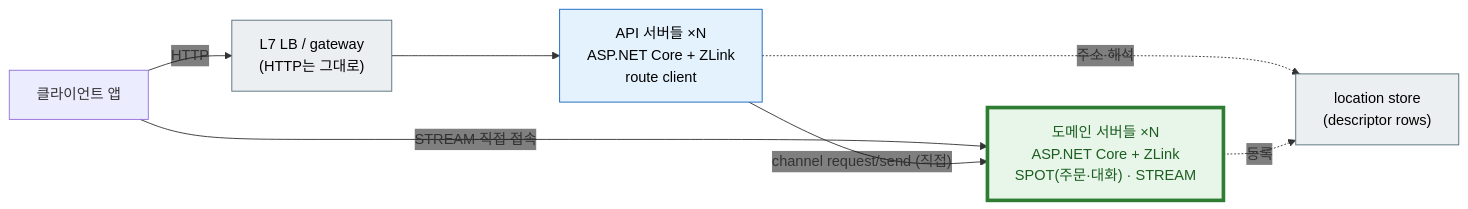
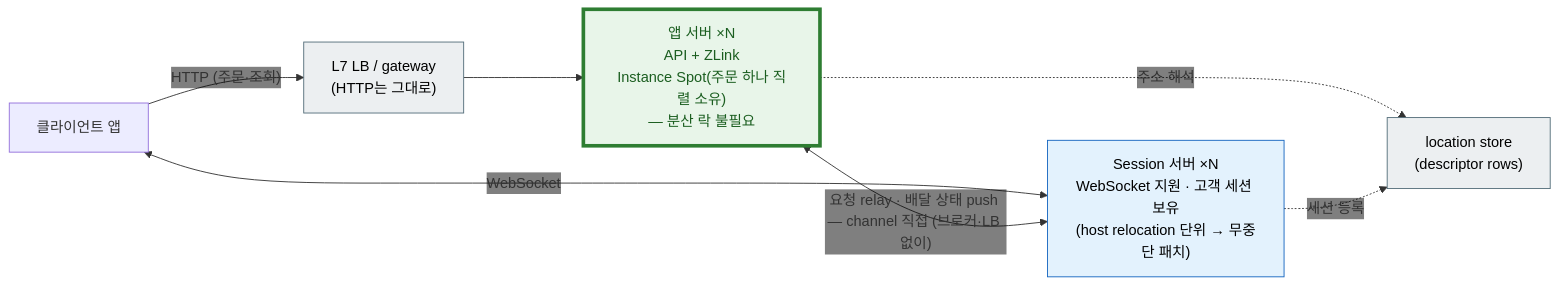
Before and after one commit to zlink-systems/zlink: the sixth of 14 diagrams in framework/doc/framework/common/guide/server/01-overview.ko.md, drawn with Mermaid. The commit also changed other lines of this file, not shown here.

First line of the commit message:
docs(framework): 오버뷰 실시간 절을 배달 주문 앱 앵커로 재구성하고 ZLink 그림 교정

````diff
--- a/framework/doc/framework/common/guide/server/01-overview.ko.md
+++ b/framework/doc/framework/common/guide/server/01-overview.ko.md
@@ -629,19 +629,19 @@
 ```mermaid
 %%{init: {'themeVariables': {'edgeLabelBackground':'transparent'}}}%%
 flowchart LR
     Client2["클라이언트 앱"]
     LB2["L7 LB / gateway<br/>(HTTP는 그대로)"]:::infra
-    Api2["API 서버들 ×N<br/>ASP.NET Core + ZLink<br/>route client"]:::app
-    Dom2["도메인 서버들 ×N<br/>ASP.NET Core + ZLink<br/>SPOT(주문·대화) · STREAM"]:::spot
+    App2["앱 서버 ×N<br/>API + ZLink<br/>Instance Spot(주문 하나 직렬 소유)<br/>— 분산 락 불필요"]:::spot
+    Sess2["Session 서버 ×N<br/>WebSocket 지원 · 고객 세션 보유<br/>(host relocation 단위 → 무중단 패치)"]:::app
     Store["location store<br/>(descriptor rows)"]:::infra
 
-    Client2 -- "HTTP" --> LB2 --> Api2
-    Client2 -- "STREAM 직접 접속" --> Dom2
-    Api2 -- "channel request/send (직접)" --> Dom2
-    Api2 -.->|"주소 해석"| Store
-    Dom2 -.->|"등록"| Store
+    Client2 -- "HTTP (주문·조회)" --> LB2 --> App2
+    Client2 <-->|"WebSocket"| Sess2
+    App2 <-->|"요청 relay · 배달 상태 push — channel 직접 (브로커·LB 없이)"| Sess2
+    App2 -.->|"주소 해석"| Store
+    Sess2 -.->|"세션 등록"| Store
 
     classDef app fill:#e3f2fd,stroke:#1565c0,color:#000000
     classDef infra fill:#eceff1,stroke:#546e7a,color:#000000
     classDef spot fill:#e8f5e9,stroke:#2e7d32,stroke-width:4px,color:#1b5e20
 ```
````
